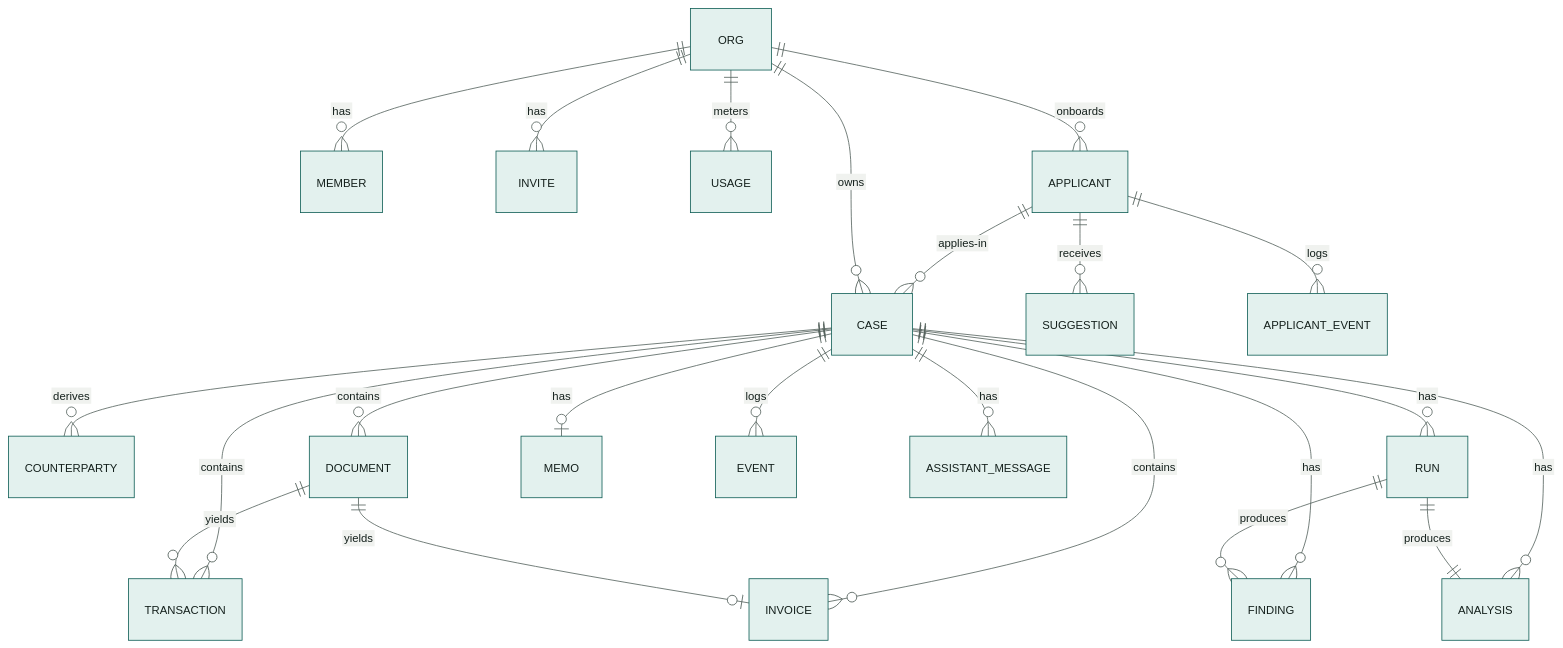
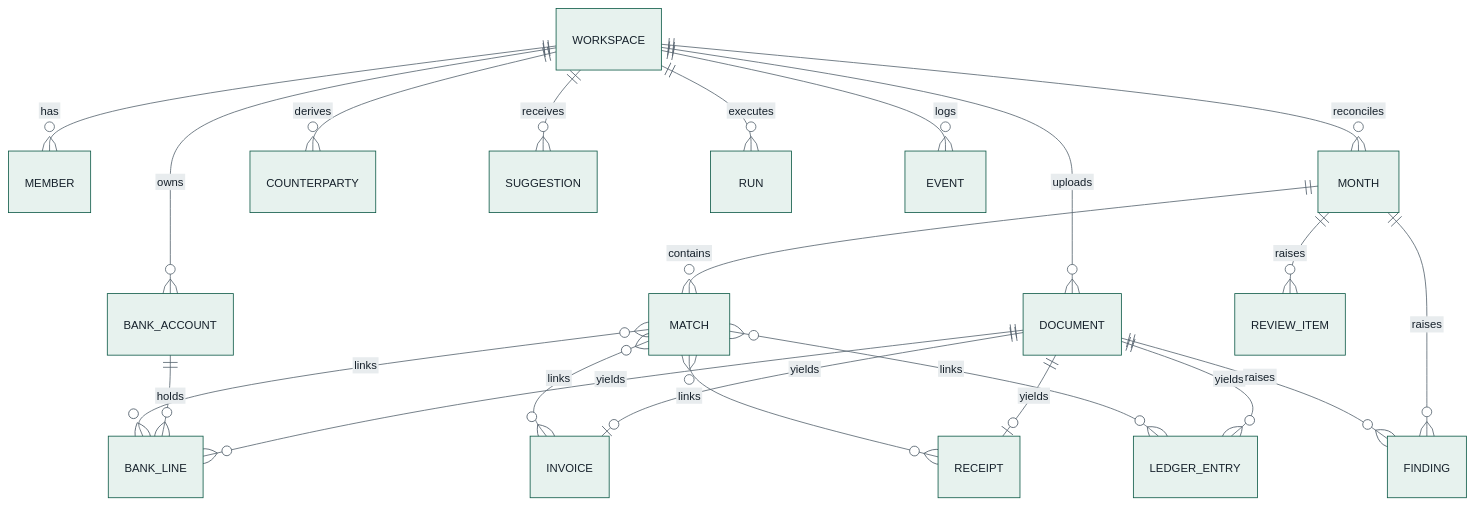
Before and after one commit to fadlytanjung/kredibel: the diagram in docs/09-data-model.md, drawn with Mermaid. The commit also changed other lines of this file and 245 other files, not shown here.

````diff
--- a/docs/09-data-model.md
+++ b/docs/09-data-model.md
@@ -36,26 +35,25 @@
 ```mermaid
-%%{init: {"theme": "base", "themeVariables": {"fontFamily": "Arial, Helvetica, sans-serif", "fontSize": "14px", "primaryColor": "#E3F1EE", "primaryBorderColor": "#0F5E56", "primaryTextColor": "#14201C", "lineColor": "#55625D", "secondaryColor": "#F0F2EF", "tertiaryColor": "#FFFFFF", "clusterBkg": "#F7F8F6", "clusterBorder": "#B8BFB9", "noteBkgColor": "#FEF0C7", "noteTextColor": "#14201C"}, "htmlLabels": false, "flowchart": {"htmlLabels": false, "padding": 16, "nodeSpacing": 40, "rankSpacing": 50, "wrappingWidth": 220}, "sequence": {"wrap": true, "useMaxWidth": true, "noteFontFamily": "Arial, Helvetica, sans-serif", "messageFontFamily": "Arial, Helvetica, sans-serif", "actorFontFamily": "Arial, Helvetica, sans-serif"}}}%%
+%%{init: {"theme": "base", "themeVariables": {"fontFamily": "Arial, Helvetica, sans-serif", "fontSize": "14px", "primaryColor": "#E7F2EE", "primaryBorderColor": "#0E5A47", "primaryTextColor": "#16212B", "lineColor": "#56636F", "secondaryColor": "#E8ECEE", "tertiaryColor": "#FFFFFF", "clusterBkg": "#F2F4F5", "clusterBorder": "#B9C2CA", "noteBkgColor": "#FFF5D6", "noteTextColor": "#16212B"}, "htmlLabels": false, "flowchart": {"htmlLabels": false, "padding": 16, "nodeSpacing": 40, "rankSpacing": 50, "wrappingWidth": 220}, "sequence": {"wrap": true, "useMaxWidth": true, "noteFontFamily": "Arial, Helvetica, sans-serif", "messageFontFamily": "Arial, Helvetica, sans-serif", "actorFontFamily": "Arial, Helvetica, sans-serif"}}}%%
 erDiagram
-    ORG ||--o{ MEMBER : has
-    ORG ||--o{ INVITE : has
-    ORG ||--o{ USAGE : meters
-    ORG ||--o{ APPLICANT : onboards
-    APPLICANT ||--o{ CASE : applies-in
-    APPLICANT ||--o{ SUGGESTION : receives
-    APPLICANT ||--o{ APPLICANT_EVENT : logs
-    ORG ||--o{ CASE : owns
-    CASE ||--o{ COUNTERPARTY : derives
-    CASE ||--o{ DOCUMENT : contains
-    CASE ||--o{ TRANSACTION : contains
-    CASE ||--o{ INVOICE : contains
-    CASE ||--o{ FINDING : has
-    CASE ||--o{ RUN : has
-    CASE ||--o{ ANALYSIS : has
-    CASE ||--o| MEMO : has
-    CASE ||--o{ EVENT : logs
-    CASE ||--o{ ASSISTANT_MESSAGE : has
-    DOCUMENT ||--o{ TRANSACTION : yields
+    WORKSPACE ||--o{ MEMBER : has
+    WORKSPACE ||--o{ BANK_ACCOUNT : owns
+    WORKSPACE ||--o{ DOCUMENT : uploads
+    DOCUMENT ||--o{ BANK_LINE : yields
     DOCUMENT ||--o| INVOICE : yields
-    RUN ||--|| ANALYSIS : produces
-    RUN ||--o{ FINDING : produces
+    DOCUMENT ||--o| RECEIPT : yields
+    DOCUMENT ||--o{ LEDGER_ENTRY : yields
+    BANK_ACCOUNT ||--o{ BANK_LINE : holds
+    WORKSPACE ||--o{ MONTH : reconciles
+    MONTH ||--o{ MATCH : contains
+    MONTH ||--o{ REVIEW_ITEM : raises
+    MONTH ||--o{ FINDING : raises
+    DOCUMENT ||--o{ FINDING : raises
+    MATCH }o--o{ BANK_LINE : links
+    MATCH }o--o{ INVOICE : links
+    MATCH }o--o{ RECEIPT : links
+    MATCH }o--o{ LEDGER_ENTRY : links
+    WORKSPACE ||--o{ COUNTERPARTY : derives
+    WORKSPACE ||--o{ SUGGESTION : receives
+    WORKSPACE ||--o{ RUN : executes
+    WORKSPACE ||--o{ EVENT : logs
 ```
````
